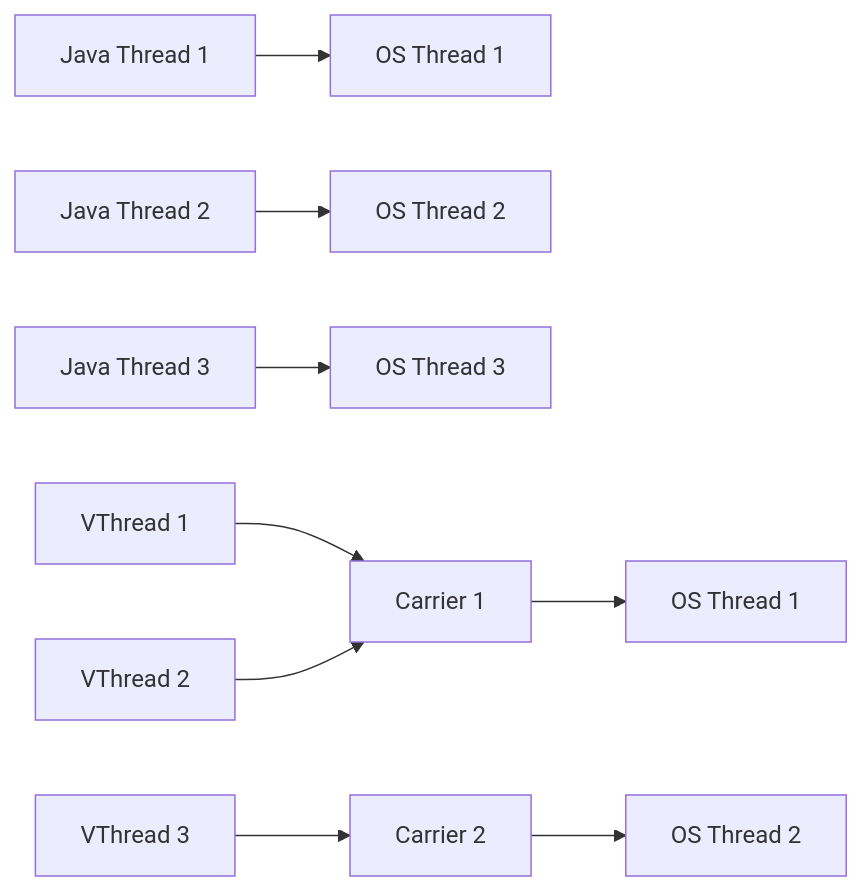
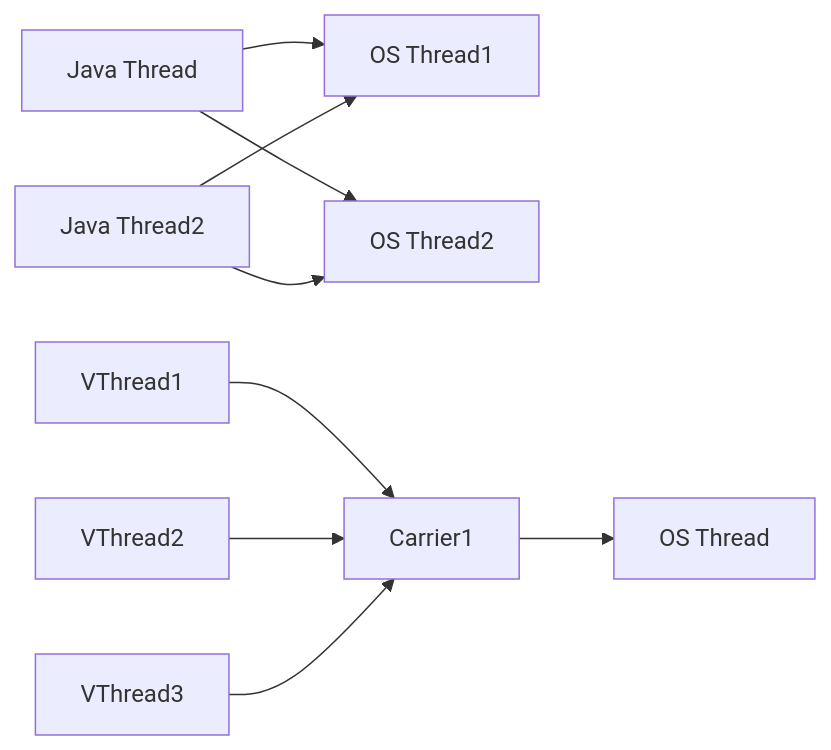
One commit to yjkim2015/yjkim2015.github.io changed the third of 7 diagrams in _posts/java/2026-05-01-java-virtual-thread.md. Above: the diagram before and after it, drawn with Mermaid. The commit also changed other lines of this file and 48 other files, not shown here.

First line of the commit message:
Mermaid 최종 47건 수정: participant/노드/줄수/라벨 전부 기준 이하

````diff
--- a/_posts/java/2026-05-01-java-virtual-thread.md
+++ b/_posts/java/2026-05-01-java-virtual-thread.md
@@ -117,11 +114,6 @@
 ```mermaid
 graph LR
-    JT1[Java Thread 1] --> OST1[OS Thread 1]
-    JT2[Java Thread 2] --> OST2[OS Thread 2]
-    JT3[Java Thread 3] --> OST3[OS Thread 3]
-    VT1[VThread 1] --> CT1[Carrier 1]
-    VT2[VThread 2] --> CT1
-    VT3[VThread 3] --> CT2[Carrier 2]
-    CT1 --> OS1[OS Thread 1]
-    CT2 --> OS2[OS Thread 2]
+    JT1[Java Thread] & JT2[Java Thread2] --> OST1[OS Thread1] & OST2[OS Thread2]
+    VT1[VThread1] & VT2[VThread2] & VT3[VThread3] --> CT1[Carrier1]
+    CT1 --> OS1[OS Thread]
 ```
````
